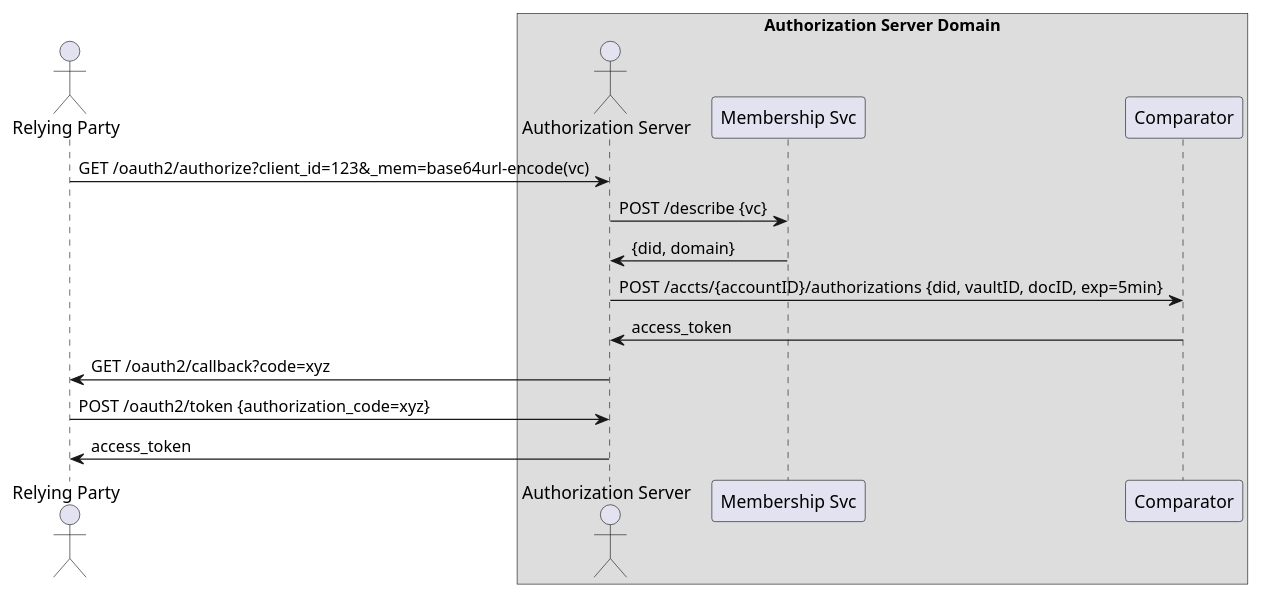
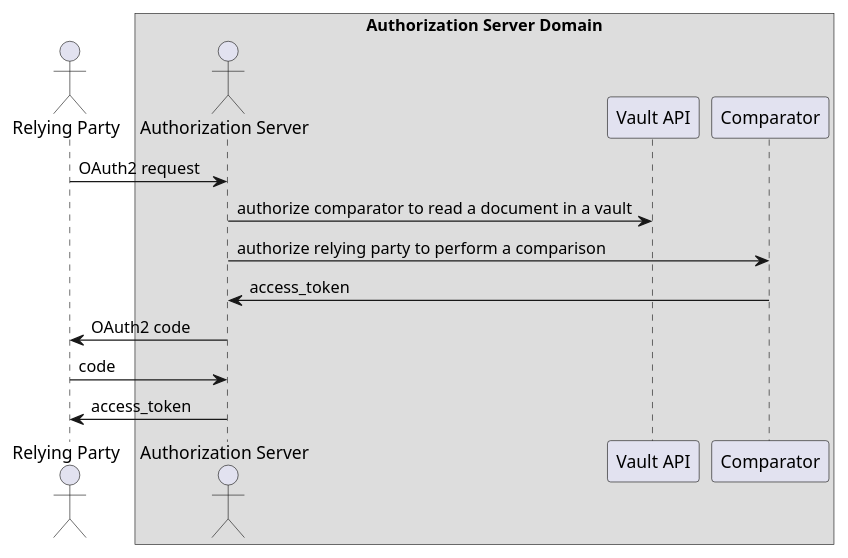
The diagram in puml/overview_as.puml (llorllale/ssn), drawn with PlantUML before and after one commit. The commit also changed 4 other files, not shown here.

Commit message:
updates to overview flows

```diff
--- a/puml/overview_as.puml
+++ b/puml/overview_as.puml
@@ -1,20 +1,19 @@
 @startuml
 
 actor "Relying Party" as rp
 
 box "Authorization Server Domain"
   actor "Authorization Server" as as
-  participant "Membership Svc" as memsvc
+  participant "Vault API" as vapi
   participant Comparator as comp
 end box
 
-rp -> as : GET /oauth2/authorize?client_id=123&_mem=base64url-encode(vc)
-as -> memsvc : POST /describe {vc}
-memsvc -> as : {did, domain}
-as -> comp : POST /accts/{accountID}/authorizations {did, vaultID, docID, exp=5min}
+rp -> as : OAuth2 request
+as -> vapi : authorize comparator to read a document in a vault
+as -> comp: authorize relying party to perform a comparison
 comp -> as : access_token
-as -> rp : GET /oauth2/callback?code=xyz
-rp -> as : POST /oauth2/token {authorization_code=xyz}
+as -> rp : OAuth2 code
+rp -> as : code
 as -> rp : access_token
 
 @enduml
```
